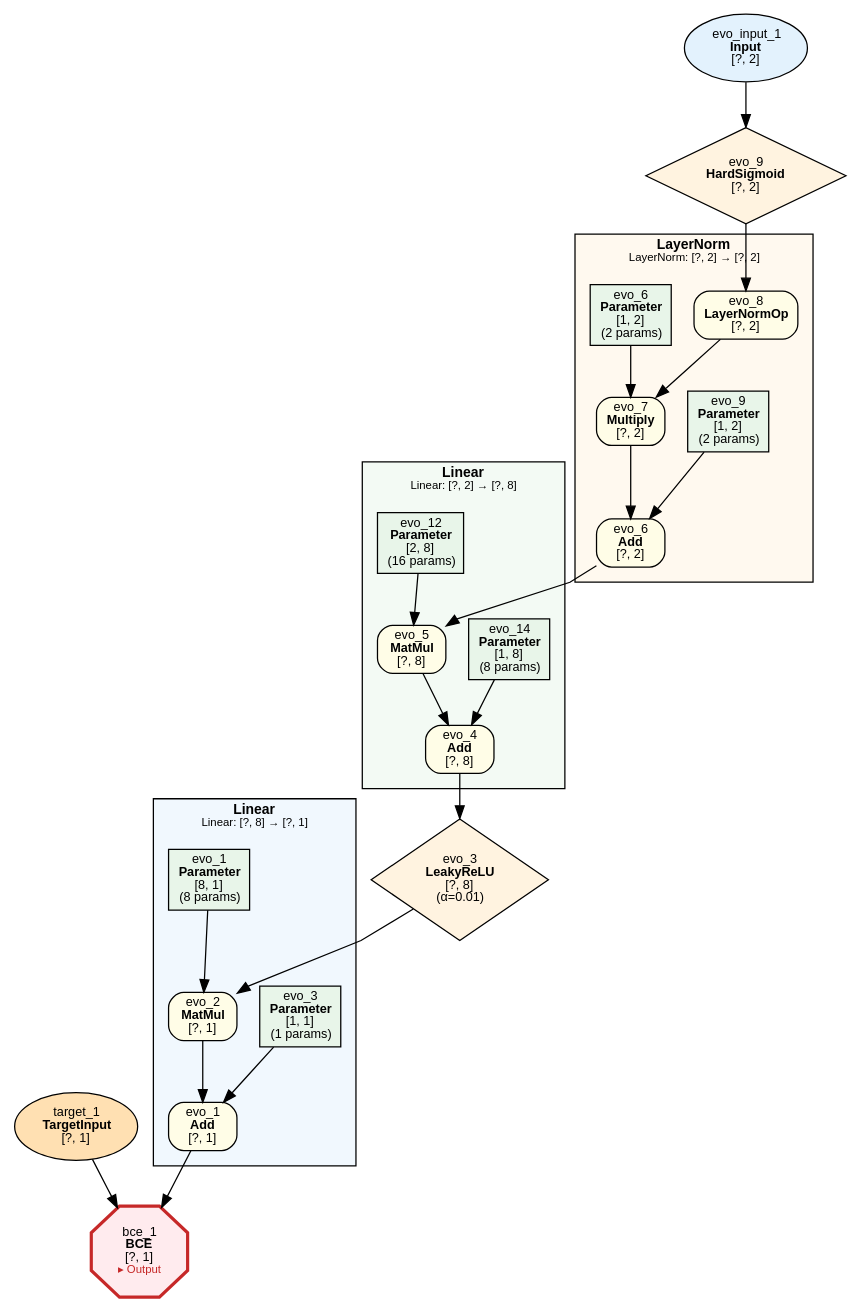
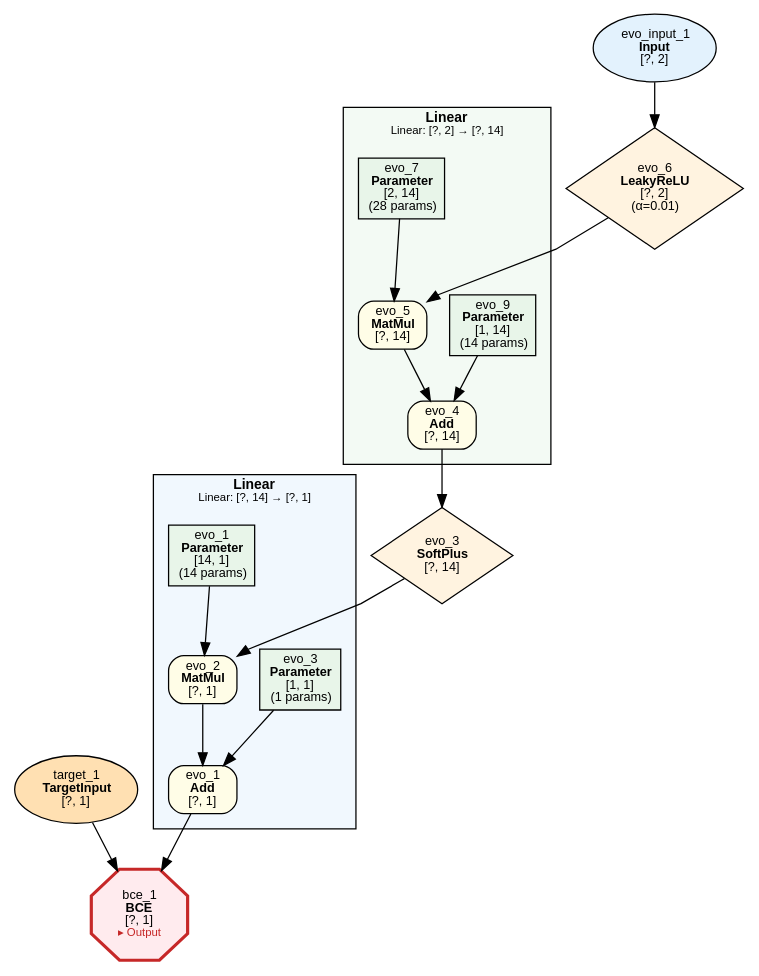
The diagram in examples/evolution/xor/evolution_xor.dot (dbsxdbsx/only_torch), drawn with Graphviz before and after one commit. The commit also changed 32 other files, not shown here.

```diff
--- a/examples/evolution/xor/evolution_xor.dot
+++ b/examples/evolution/xor/evolution_xor.dot
@@ -1,71 +1,52 @@
 digraph ComputeGraph {
     rankdir=TB;
     newrank=true;
     splines=polyline;
     node [fontname="Microsoft YaHei,SimHei,Arial"];
     edge [fontname="Microsoft YaHei,SimHei,Arial"];
 
     subgraph cluster_group_linear_0 {
-        label=<<B>Linear</B><BR/><FONT POINT-SIZE="9">Linear: [?, 8] → [?, 1]</FONT>>;
+        label=<<B>Linear</B><BR/><FONT POINT-SIZE="9">Linear: [?, 14] → [?, 1]</FONT>>;
         style=filled;
         fillcolor="#E3F2FD80";
         fontname="Microsoft YaHei,SimHei,Arial";
         fontsize=11;
         margin=12;
             "2" [label=<evo_1<BR/><B>Add</B><BR/>[?, 1]> shape=box style="filled,rounded" fillcolor="#FFFDE7" fontsize=10];
             "4" [label=<evo_2<BR/><B>MatMul</B><BR/>[?, 1]> shape=box style="filled,rounded" fillcolor="#FFFDE7" fontsize=10];
             "5" [label=<evo_3<BR/><B>Parameter</B><BR/>[1, 1]<BR/>(1 params)> shape=box style=filled fillcolor="#E8F5E9" fontsize=10];
-            "7" [label=<evo_1<BR/><B>Parameter</B><BR/>[8, 1]<BR/>(8 params)> shape=box style=filled fillcolor="#E8F5E9" fontsize=10];
+            "7" [label=<evo_1<BR/><B>Parameter</B><BR/>[14, 1]<BR/>(14 params)> shape=box style=filled fillcolor="#E8F5E9" fontsize=10];
     }
 
-    subgraph cluster_group_linear_2 {
-        label=<<B>Linear</B><BR/><FONT POINT-SIZE="9">Linear: [?, 2] → [?, 8]</FONT>>;
+    subgraph cluster_group_linear_1 {
+        label=<<B>Linear</B><BR/><FONT POINT-SIZE="9">Linear: [?, 2] → [?, 14]</FONT>>;
         style=filled;
         fillcolor="#E8F5E980";
         fontname="Microsoft YaHei,SimHei,Arial";
         fontsize=11;
         margin=12;
-            "8" [label=<evo_4<BR/><B>Add</B><BR/>[?, 8]> shape=box style="filled,rounded" fillcolor="#FFFDE7" fontsize=10];
-            "9" [label=<evo_5<BR/><B>MatMul</B><BR/>[?, 8]> shape=box style="filled,rounded" fillcolor="#FFFDE7" fontsize=10];
-            "10" [label=<evo_14<BR/><B>Parameter</B><BR/>[1, 8]<BR/>(8 params)> shape=box style=filled fillcolor="#E8F5E9" fontsize=10];
-            "12" [label=<evo_12<BR/><B>Parameter</B><BR/>[2, 8]<BR/>(16 params)> shape=box style=filled fillcolor="#E8F5E9" fontsize=10];
-    }
-
-    subgraph cluster_group_layernorm_1 {
-        label=<<B>LayerNorm</B><BR/><FONT POINT-SIZE="9">LayerNorm: [?, 2] → [?, 2]</FONT>>;
-        style=filled;
-        fillcolor="#FFF3E080";
-        fontname="Microsoft YaHei,SimHei,Arial";
-        fontsize=11;
-        margin=12;
-            "11" [label=<evo_6<BR/><B>Add</B><BR/>[?, 2]> shape=box style="filled,rounded" fillcolor="#FFFDE7" fontsize=10];
-            "13" [label=<evo_7<BR/><B>Multiply</B><BR/>[?, 2]> shape=box style="filled,rounded" fillcolor="#FFFDE7" fontsize=10];
-            "14" [label=<evo_9<BR/><B>Parameter</B><BR/>[1, 2]<BR/>(2 params)> shape=box style=filled fillcolor="#E8F5E9" fontsize=10];
-            "15" [label=<evo_8<BR/><B>LayerNormOp</B><BR/>[?, 2]> shape=box style="filled,rounded" fillcolor="#FFFDE7" fontsize=10];
-            "16" [label=<evo_6<BR/><B>Parameter</B><BR/>[1, 2]<BR/>(2 params)> shape=box style=filled fillcolor="#E8F5E9" fontsize=10];
+            "8" [label=<evo_4<BR/><B>Add</B><BR/>[?, 14]> shape=box style="filled,rounded" fillcolor="#FFFDE7" fontsize=10];
+            "9" [label=<evo_5<BR/><B>MatMul</B><BR/>[?, 14]> shape=box style="filled,rounded" fillcolor="#FFFDE7" fontsize=10];
+            "10" [label=<evo_9<BR/><B>Parameter</B><BR/>[1, 14]<BR/>(14 params)> shape=box style=filled fillcolor="#E8F5E9" fontsize=10];
+            "12" [label=<evo_7<BR/><B>Parameter</B><BR/>[2, 14]<BR/>(28 params)> shape=box style=filled fillcolor="#E8F5E9" fontsize=10];
     }
 
     "1" [label=<bce_1<BR/><B>BCE</B><BR/>[?, 1]<BR/><FONT COLOR="#C62828" POINT-SIZE="9">▸ Output</FONT>> shape=octagon style=filled fillcolor="#FFEBEE" fontsize=10 penwidth=2.5 color="#C62828"];
     "3" [label=<target_1<BR/><B>TargetInput</B><BR/>[?, 1]> shape=ellipse style=filled fillcolor="#FFE0B2" fontsize=10];
-    "6" [label=<evo_3<BR/><B>LeakyReLU</B><BR/>[?, 8]<BR/>(α=0.01)> shape=diamond style=filled fillcolor="#FFF3E0" fontsize=10];
-    "17" [label=<evo_9<BR/><B>HardSigmoid</B><BR/>[?, 2]> shape=diamond style=filled fillcolor="#FFF3E0" fontsize=10];
-    "18" [label=<evo_input_1<BR/><B>Input</B><BR/>[?, 2]> shape=ellipse style=filled fillcolor="#E3F2FD" fontsize=10];
+    "6" [label=<evo_3<BR/><B>SoftPlus</B><BR/>[?, 14]> shape=diamond style=filled fillcolor="#FFF3E0" fontsize=10];
+    "11" [label=<evo_6<BR/><B>LeakyReLU</B><BR/>[?, 2]<BR/>(α=0.01)> shape=diamond style=filled fillcolor="#FFF3E0" fontsize=10];
+    "13" [label=<evo_input_1<BR/><B>Input</B><BR/>[?, 2]> shape=ellipse style=filled fillcolor="#E3F2FD" fontsize=10];
 
     "2" -> "1";
     "3" -> "1";
     "4" -> "2";
     "5" -> "2";
     "6" -> "4";
     "7" -> "4";
     "8" -> "6";
     "9" -> "8";
     "10" -> "8";
     "11" -> "9";
     "12" -> "9";
     "13" -> "11";
-    "14" -> "11";
-    "15" -> "13";
-    "16" -> "13";
-    "17" -> "15";
-    "18" -> "17";
 }
```
